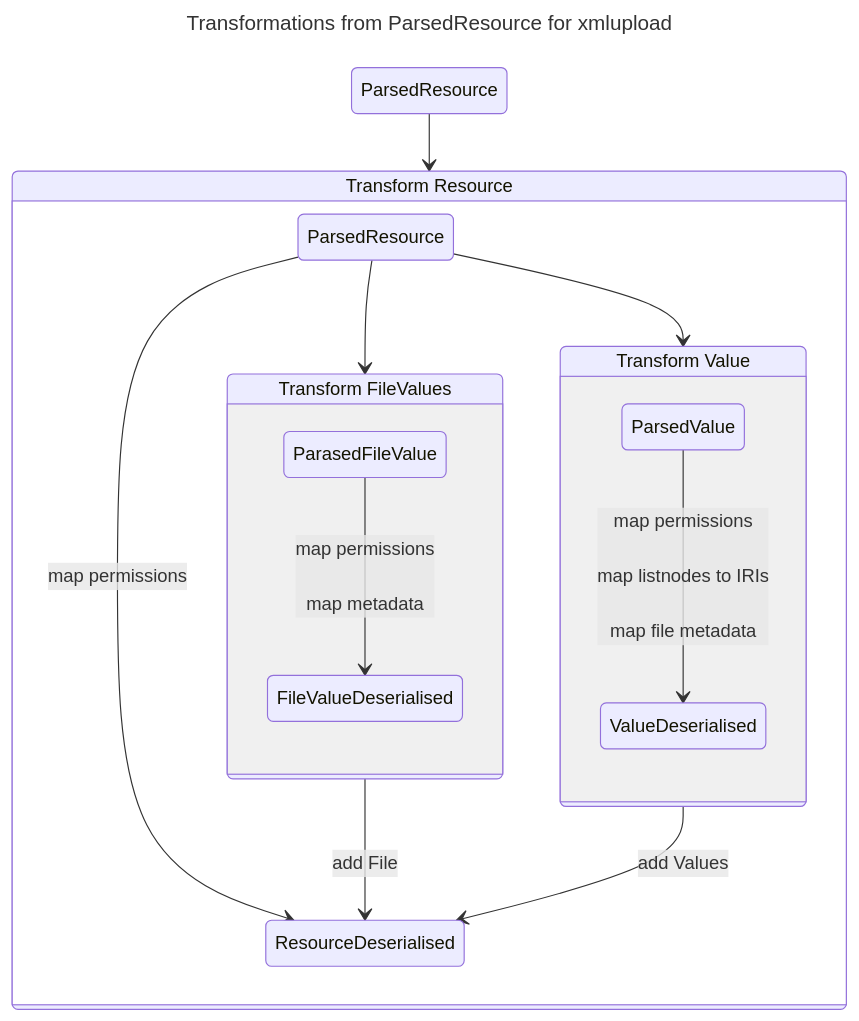
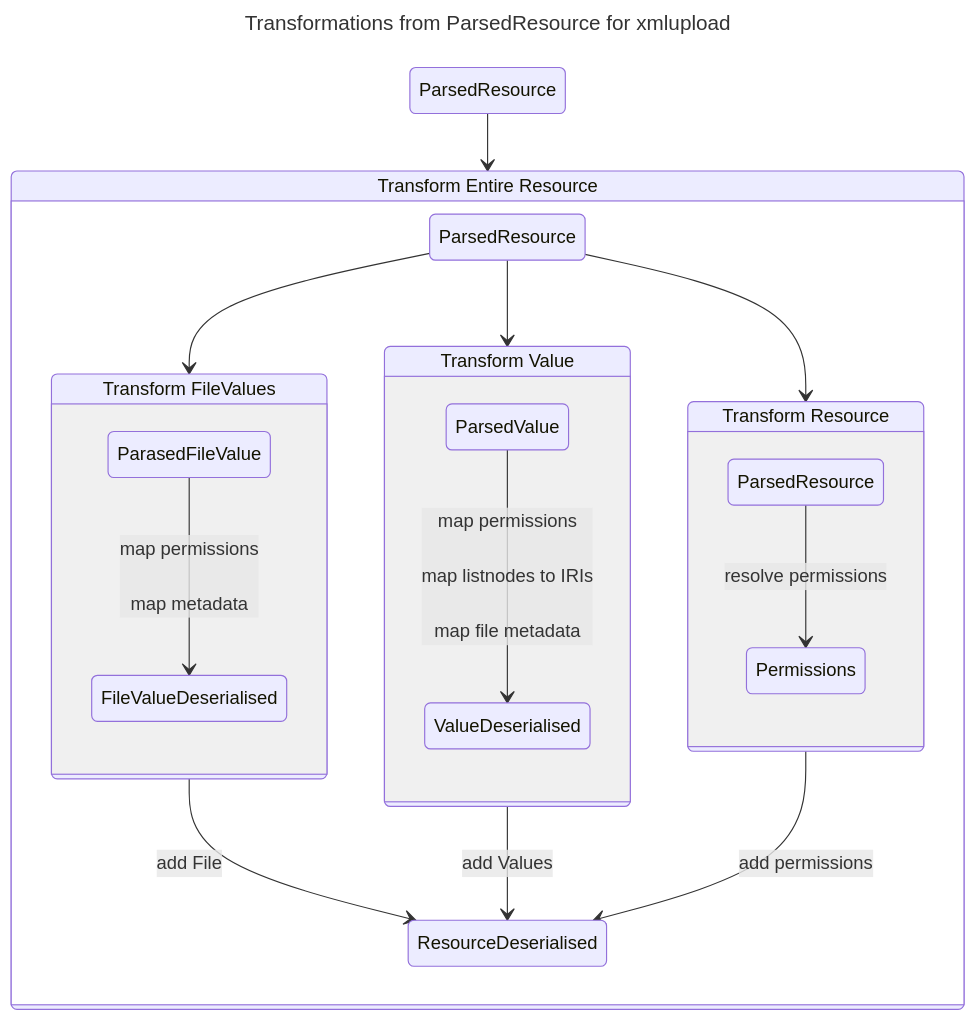
Before and after one commit to dasch-swiss/dsp-tools: the second of 2 diagrams in docs/developers/architecture.md, drawn with Mermaid.

````diff
--- a/docs/developers/architecture.md
+++ b/docs/developers/architecture.md
@@ -41,30 +41,35 @@
 ```mermaid
 ---
 title: Transformations from ParsedResource for xmlupload
 ---
 stateDiagram-v2
 
 state "ParsedResource" as start
-state "Transform Resource" as transformationres
+state "Transform Entire Resource" as transformall
+state "Transform Resource" as transformres
 state "Transform Value" as transfomrationval
 state "Transform FileValues" as transformfile
 state "ParsedValue" as parsedval
 state "ParsedResource" as parsedres
 state "ValueDeserialised" as valdes
 
-start-->transformationres
+start-->transformall
 
-state transformationres {
+state transformall {
     parsedres-->transformfile
     parsedres-->transfomrationval
+    parsedres-->transformres
+    state transformres {
+        ParsedResource-->Permissions: resolve permissions
+    }
     state transfomrationval {
         parsedval-->valdes: map permissions</br></br>map listnodes to IRIs</br></br>map file metadata
     }
     state transformfile {
         ParasedFileValue-->FileValueDeserialised: map permissions</br></br>map metadata
     }
     transformfile-->ResourceDeserialised: add File
     transfomrationval-->ResourceDeserialised: add Values
-    parsedres-->ResourceDeserialised: map permissions
+    transformres-->ResourceDeserialised: add permissions
 }
 ```
````
